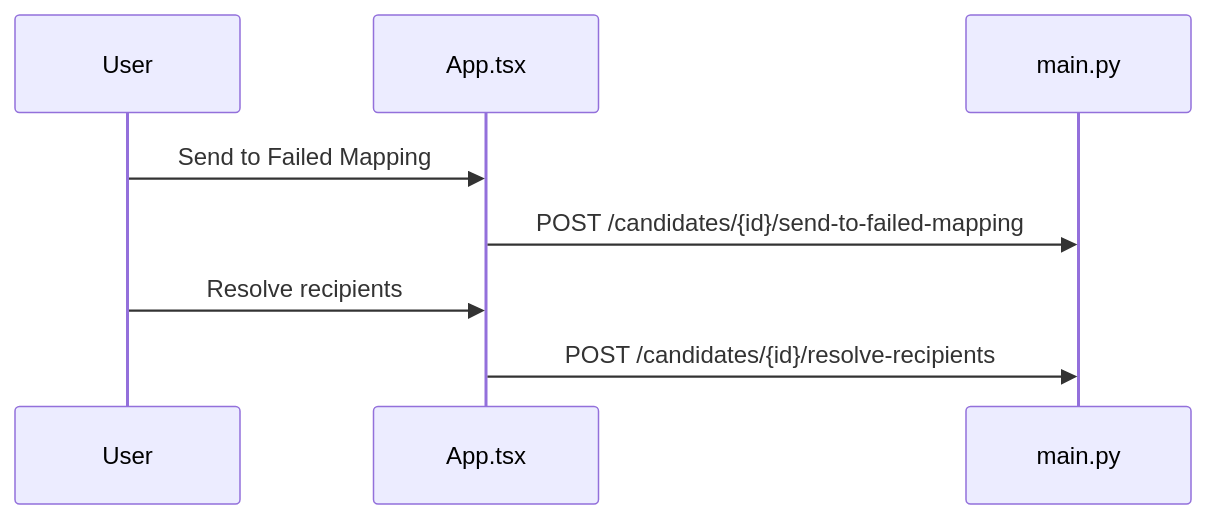
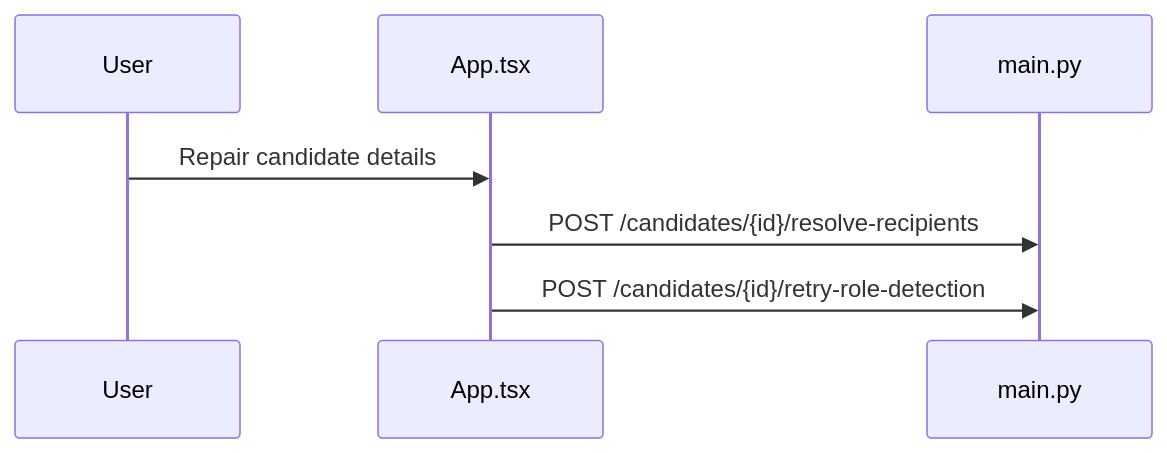
Before and after one commit to chaitanyadheeraj98/CODEJOB: the sixth of 21 diagrams in docs/mermaids-features.md, drawn with Mermaid. The commit also changed other lines of this file and 9 other files, not shown here.

````diff
--- a/docs/mermaids-features.md
+++ b/docs/mermaids-features.md
@@ -153,10 +153,9 @@
 ```mermaid
 sequenceDiagram
   participant U as User
   participant FE as App.tsx
   participant BE as main.py
-  U->>FE: Send to Failed Mapping
-  FE->>BE: POST /candidates/{id}/send-to-failed-mapping
-  U->>FE: Resolve recipients
+  U->>FE: Repair candidate details
   FE->>BE: POST /candidates/{id}/resolve-recipients
+  FE->>BE: POST /candidates/{id}/retry-role-detection
 ```
````
